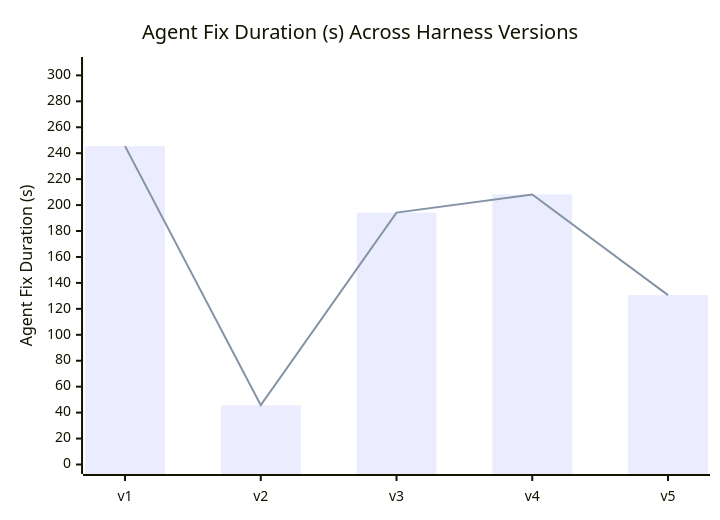
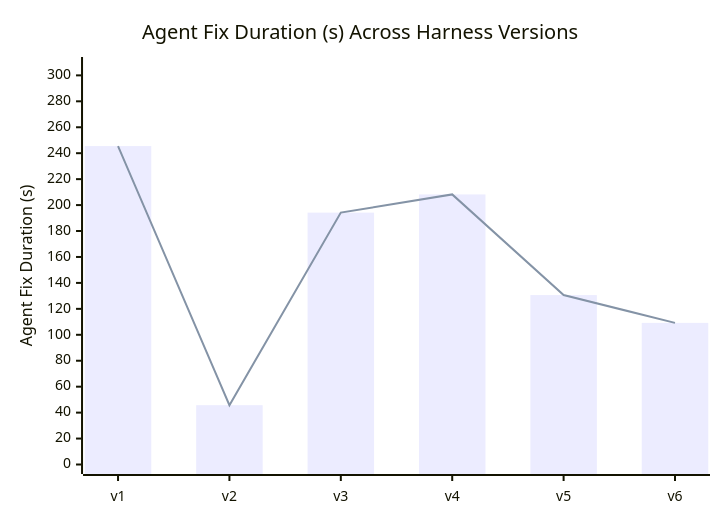
The diagram in PERFORMANCE_REPORT.md (denizin42/cs440-lab6-thealgorithms-contrib), drawn with Mermaid before and after one commit. The commit also changed other lines of this file and 9 other files, not shown here.

````diff
--- a/PERFORMANCE_REPORT.md
+++ b/PERFORMANCE_REPORT.md
@@ -21,8 +21,8 @@
 ```mermaid
 xychart-beta
     title "Agent Fix Duration (s) Across Harness Versions"
-    x-axis ["v1", "v2", "v3", "v4", "v5"]
+    x-axis ["v1", "v2", "v3", "v4", "v5", "v6"]
     y-axis "Agent Fix Duration (s)" 0 --> 306.84
-    bar [245.475, 45.724, 194.199, 208.213, 130.619]
-    line [245.475, 45.724, 194.199, 208.213, 130.619]
+    bar [245.475, 45.724, 194.199, 208.213, 130.619, 109.192]
+    line [245.475, 45.724, 194.199, 208.213, 130.619, 109.192]
 ```
````
